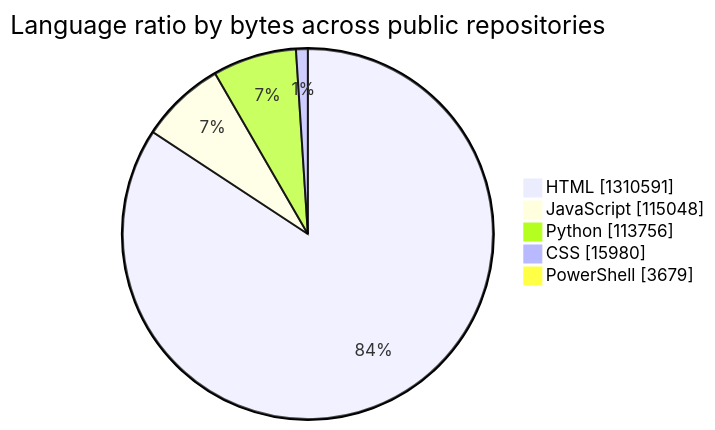
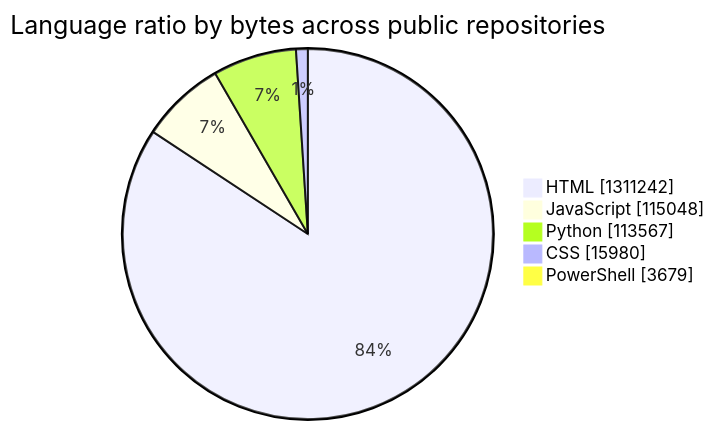
Before and after one commit to tchinso/tchinso: the first of 2 diagrams in README.md, drawn with Mermaid. The commit also changed other lines of this file, not shown here.

````diff
--- a/README.md
+++ b/README.md
@@ -28,9 +28,9 @@
 ```mermaid
 pie showData
     title Language ratio by bytes across public repositories
-    "HTML" : 1310591
+    "HTML" : 1311242
     "JavaScript" : 115048
-    "Python" : 113756
+    "Python" : 113567
     "CSS" : 15980
     "PowerShell" : 3679
 ```
````
